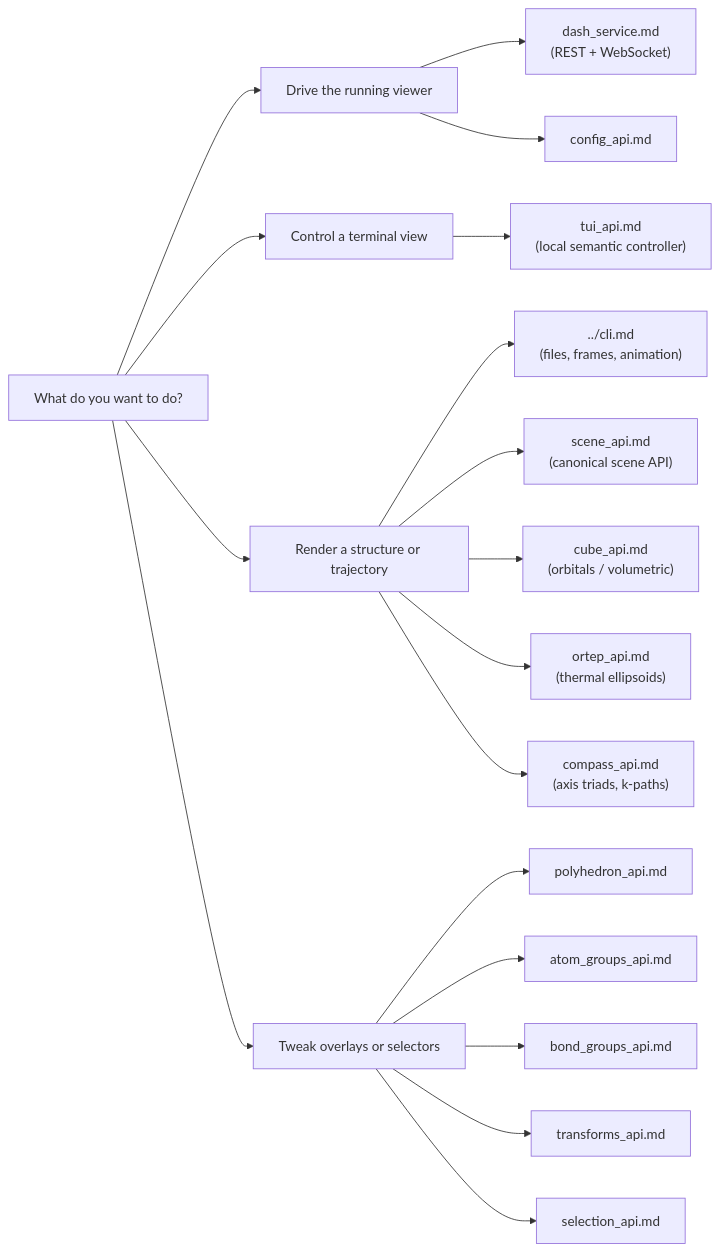
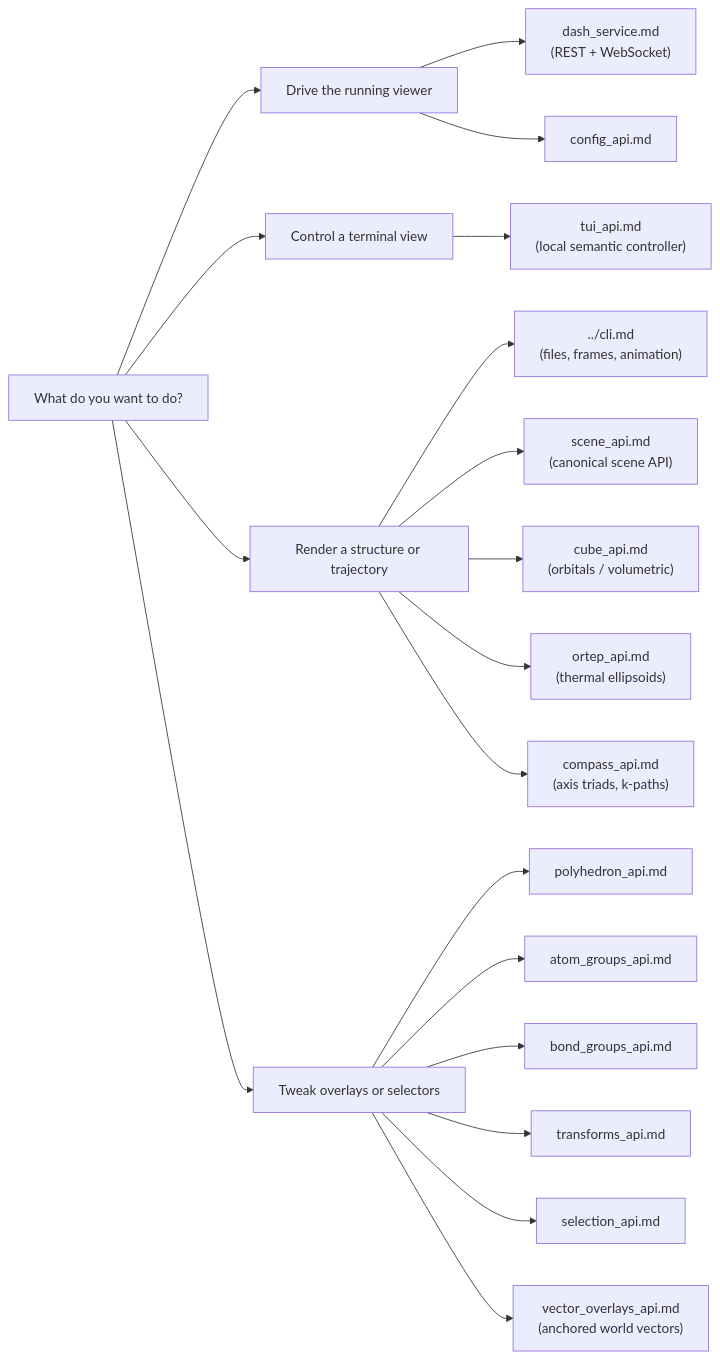
One commit to SchrodingersCattt/MatterVis changed the first of 2 diagrams in docs/agents/README.md. Above: the diagram before and after it, drawn with Mermaid. The commit also changed other lines of this file and 19 other files, not shown here.

Commit message:
feat(render): add native world vector overlays

````diff
--- a/docs/agents/README.md
+++ b/docs/agents/README.md
@@ -13,24 +13,25 @@
 ```mermaid
 flowchart LR
     Q["What do you want to do?"]
     Q --> LIVE["Drive the running viewer"]
     Q --> TUI["Control a terminal view"]
     Q --> STATIC["Render a structure or trajectory"]
     Q --> OVERLAY["Tweak overlays or selectors"]
 
     LIVE --> DASH["dash_service.md<br/>(REST + WebSocket)"]
     TUI --> TUIAPI["tui_api.md<br/>(local semantic controller)"]
 
     STATIC --> CLI["../cli.md<br/>(files, frames, animation)"]
     STATIC --> SCENE["scene_api.md<br/>(canonical scene API)"]
     STATIC --> CUBE["cube_api.md<br/>(orbitals / volumetric)"]
     STATIC --> ORTEP["ortep_api.md<br/>(thermal ellipsoids)"]
     STATIC --> COMPASS["compass_api.md<br/>(axis triads, k-paths)"]
 
     OVERLAY --> POLY["polyhedron_api.md"]
     OVERLAY --> AG["atom_groups_api.md"]
     OVERLAY --> BG["bond_groups_api.md"]
     OVERLAY --> TR["transforms_api.md"]
     OVERLAY --> SEL["selection_api.md"]
+    OVERLAY --> VEC["vector_overlays_api.md<br/>(anchored world vectors)"]
     LIVE --> CONFIG["config_api.md"]
 ```
````
